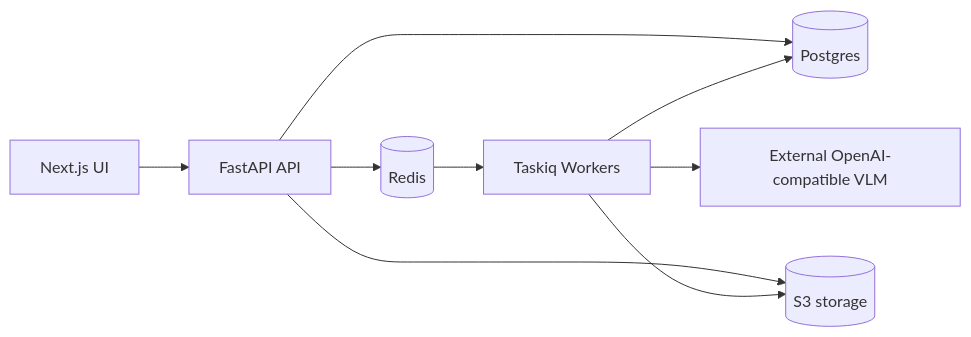
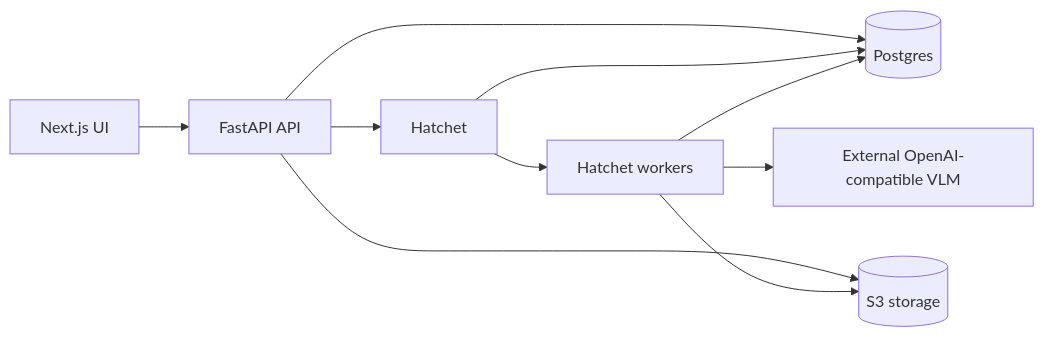
Before and after one commit to MehdiGououiad/repody: the diagram in README.md, drawn with Mermaid. The commit also changed other lines of this file and 117 other files, not shown here.

````diff
--- a/README.md
+++ b/README.md
@@ -12,11 +12,12 @@
 ```mermaid
 flowchart LR
   Web[Next.js UI] --> API[FastAPI API]
   API --> PG[(Postgres)]
-  API --> RD[(Redis)]
+  API --> HT[Hatchet]
   API --> S3[(S3 storage)]
-  RD --> W[Taskiq Workers]
+  HT --> W[Hatchet workers]
+  HT --> PG
   W --> VLM[External OpenAI-compatible VLM]
   W --> S3
   W --> PG
 ```
````
